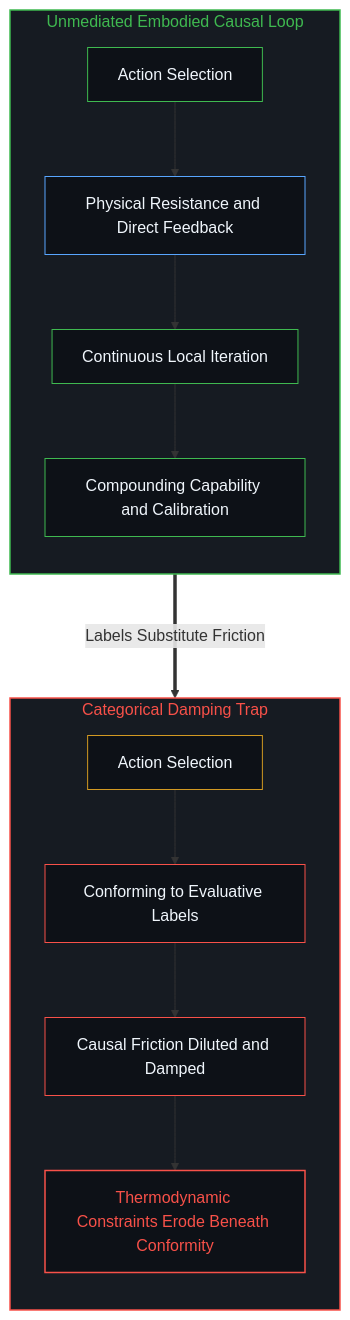
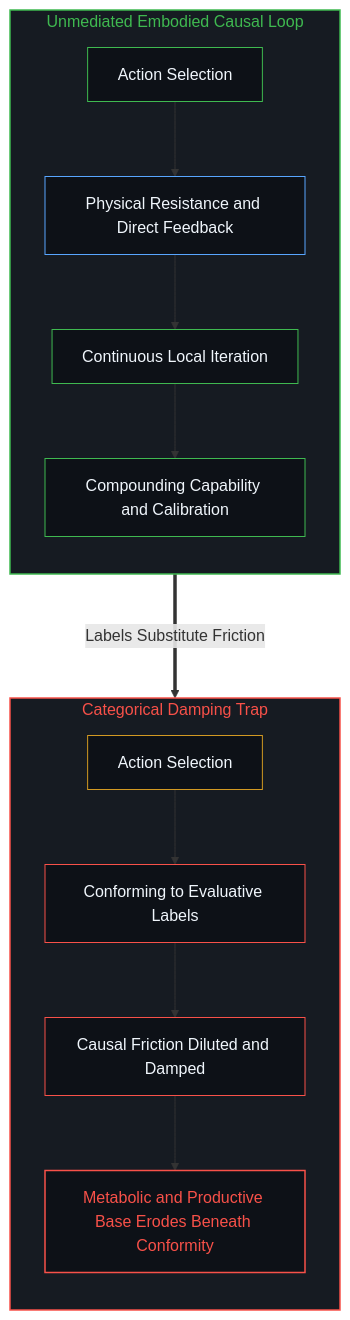
One commit to powerpig99/not-a-toe changed the sixth of 6 diagrams in content/posts/compulsory-kindness-and-the-obscuration-of-categorical-feedback.md. Above: the diagram before and after it, drawn with Mermaid. The commit also changed other lines of this file and 5 other files, not shown here.

````diff
--- a/content/posts/compulsory-kindness-and-the-obscuration-of-categorical-feedback.md
+++ b/content/posts/compulsory-kindness-and-the-obscuration-of-categorical-feedback.md
@@ -162,26 +162,26 @@
 ```mermaid
 flowchart TD
     subgraph S_Physical["Unmediated Embodied Causal Loop"]
         direction TB
         P1["Action Selection"] --> P2["Physical Resistance and Direct Feedback"]
         P2 --> P3["Continuous Local Iteration"]
         P3 --> P4["Compounding Capability and Calibration"]
     end
     subgraph S_Categorical["Categorical Damping Trap"]
         direction TB
         C1["Action Selection"] --> C2["Conforming to Evaluative Labels"]
         C2 --> C3["Causal Friction Diluted and Damped"]
-        C3 --> C4["Thermodynamic Constraints Erode Beneath Conformity"]
+        C3 --> C4["Metabolic and Productive Base Erodes Beneath Conformity"]
     end
     P2 ===>|"Labels Substitute Friction"| C2
     style S_Physical fill:#161b22,stroke:#3fb950,stroke-width:1.5px,color:#3fb950
     style S_Categorical fill:#161b22,stroke:#f85149,stroke-width:1.5px,color:#f85149
     style P1 fill:#0d1117,stroke:#3fb950,stroke-width:1px,color:#f0f6fc
     style P2 fill:#0d1117,stroke:#58a6ff,stroke-width:1px,color:#f0f6fc
     style P3 fill:#0d1117,stroke:#3fb950,stroke-width:1px,color:#f0f6fc
     style P4 fill:#0d1117,stroke:#3fb950,stroke-width:1px,color:#f0f6fc
     style C1 fill:#0d1117,stroke:#d29922,stroke-width:1px,color:#f0f6fc
     style C2 fill:#0d1117,stroke:#f85149,stroke-width:1px,color:#f0f6fc
     style C3 fill:#0d1117,stroke:#f85149,stroke-width:1px,color:#f0f6fc
     style C4 fill:#0d1117,stroke:#f85149,stroke-width:1.5px,color:#f85149
 ```
````
